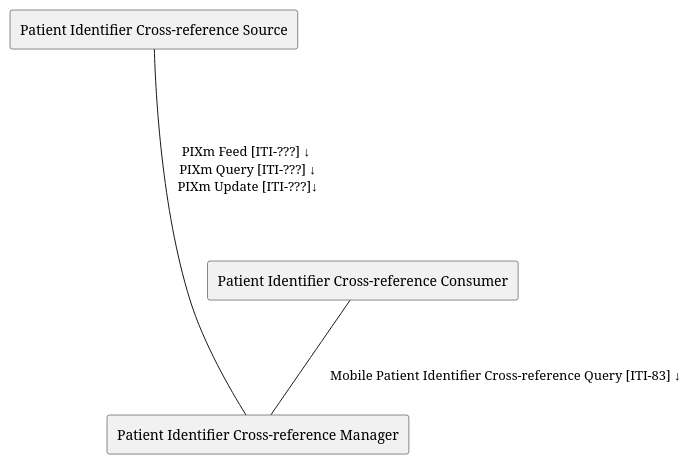
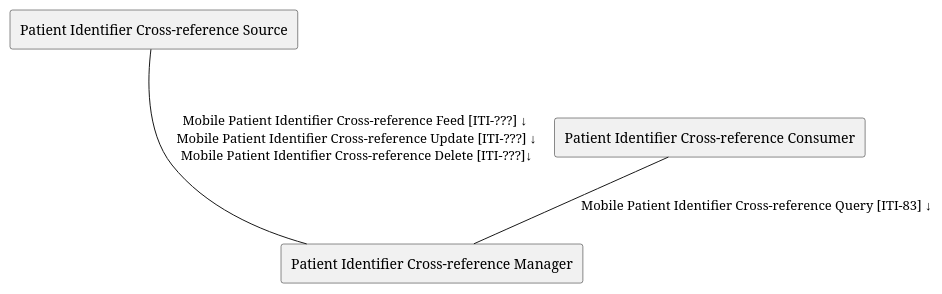
Before and after one commit to IHE/ITI.PIXm: the diagram in input/images-source/ActorsAndTransactions.pu, drawn with PlantUML. The commit also changed 2 other files, not shown here.

```diff
--- a/input/images-source/ActorsAndTransactions.pu
+++ b/input/images-source/ActorsAndTransactions.pu
@@ -1,11 +1,11 @@
 @startuml
 
 agent "Patient Identifier Cross-reference Source" as Source
 agent "Patient Identifier Cross-reference Consumer" as Consumer
 agent "Patient Identifier Cross-reference Manager" as Manager
 
 
-Source ---- Manager: "PIXm Feed [ITI-???] ↓\n PIXm Query [ITI-???] ↓\n PIXm Update [ITI-???]↓\n\n"
-Consumer -- Manager : "\n\nMobile Patient Identifier Cross-reference Query [ITI-83] ↓"
+Source --- Manager: "Mobile Patient Identifier Cross-reference Feed [ITI-???] ↓\n Mobile Patient Identifier Cross-reference Update [ITI-???] ↓\n Mobile Patient Identifier Cross-reference Delete [ITI-???]↓"
+Consumer -- Manager : "Mobile Patient Identifier Cross-reference Query [ITI-83] ↓"
 
 @enduml
```
